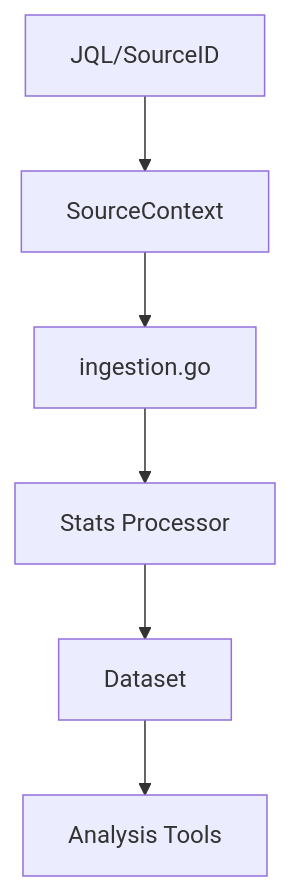
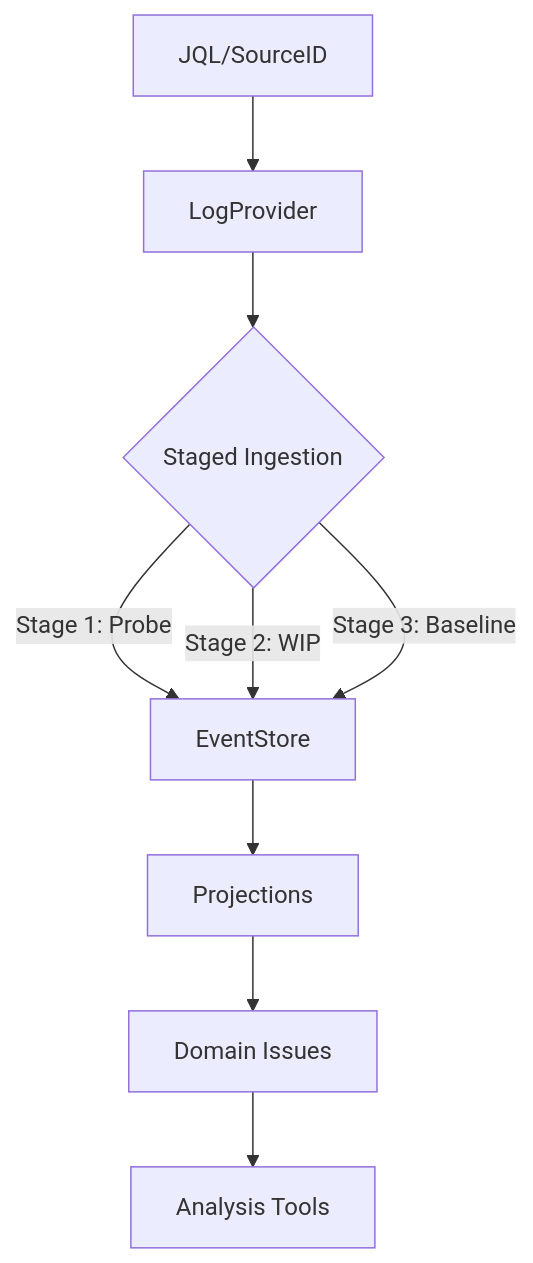
One commit to bbak/mcs-mcp changed the second of 2 diagrams in docs/architecture.md. Above: the diagram before and after it, drawn with Mermaid. The commit also changed other lines of this file and 15 other files, not shown here.

````diff
--- a/docs/architecture.md
+++ b/docs/architecture.md
@@ -249,8 +250,11 @@
 ```mermaid
 graph TD
-    A[JQL/SourceID] --> B[SourceContext]
-    B --> C[ingestion.go]
-    C --> D[Stats Processor]
-    D --> E[Dataset]
-    E --> F[Analysis Tools]
+    A[JQL/SourceID] --> B[LogProvider]
+    B --> C{Staged Ingestion}
+    C -->|Stage 1: Probe| D[EventStore]
+    C -->|Stage 2: WIP| D
+    C -->|Stage 3: Baseline| D
+    D --> E[Projections]
+    E --> F[Domain Issues]
+    F --> G[Analysis Tools]
 ```
````
